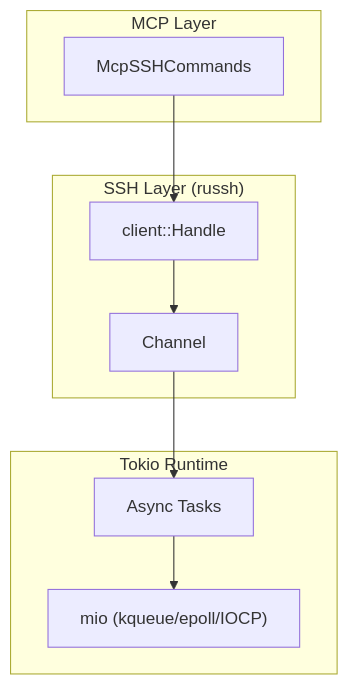
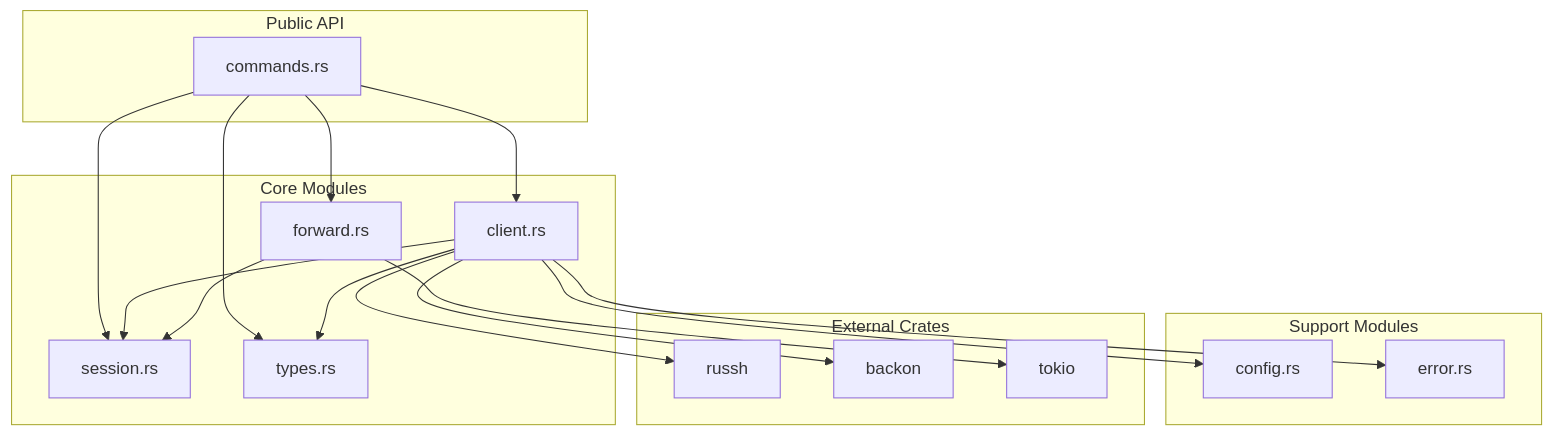
One commit to farchanjo/ssh-mcp changed the first of 2 diagrams in README.md. Above: the diagram before and after it, drawn with Mermaid. The commit also changed other lines of this file and 8 other files, not shown here.

First line of the commit message:
refactor(mcp): complete modular architecture with commands, session, types

````diff
--- a/README.md
+++ b/README.md
@@ -175,21 +229,37 @@
 ```mermaid
 flowchart TB
-    subgraph MCP["MCP Layer"]
-        Tools["McpSSHCommands"]
+    subgraph Public["Public API"]
+        Commands["commands.rs"]
     end
 
-    subgraph SSH["SSH Layer (russh)"]
-        Handle["client::Handle"]
-        Channel["Channel"]
+    subgraph Core["Core Modules"]
+        Client["client.rs"]
+        Forward["forward.rs"]
+        Session["session.rs"]
+        Types["types.rs"]
     end
 
-    subgraph Runtime["Tokio Runtime"]
-        Async["Async Tasks"]
-        IO["mio (kqueue/epoll/IOCP)"]
+    subgraph Support["Support Modules"]
+        Config["config.rs"]
+        Error["error.rs"]
     end
 
-    Tools --> Handle
-    Handle --> Channel
-    Channel --> Async
-    Async --> IO
+    subgraph External["External Crates"]
+        Russh["russh"]
+        Backon["backon"]
+        Tokio["tokio"]
+    end
+
+    Commands --> Client
+    Commands --> Forward
+    Commands --> Session
+    Commands --> Types
+    Client --> Session
+    Client --> Config
+    Client --> Error
+    Client --> Types
+    Forward --> Session
+    Client --> Russh
+    Client --> Backon
+    Forward --> Tokio
 ```
````
